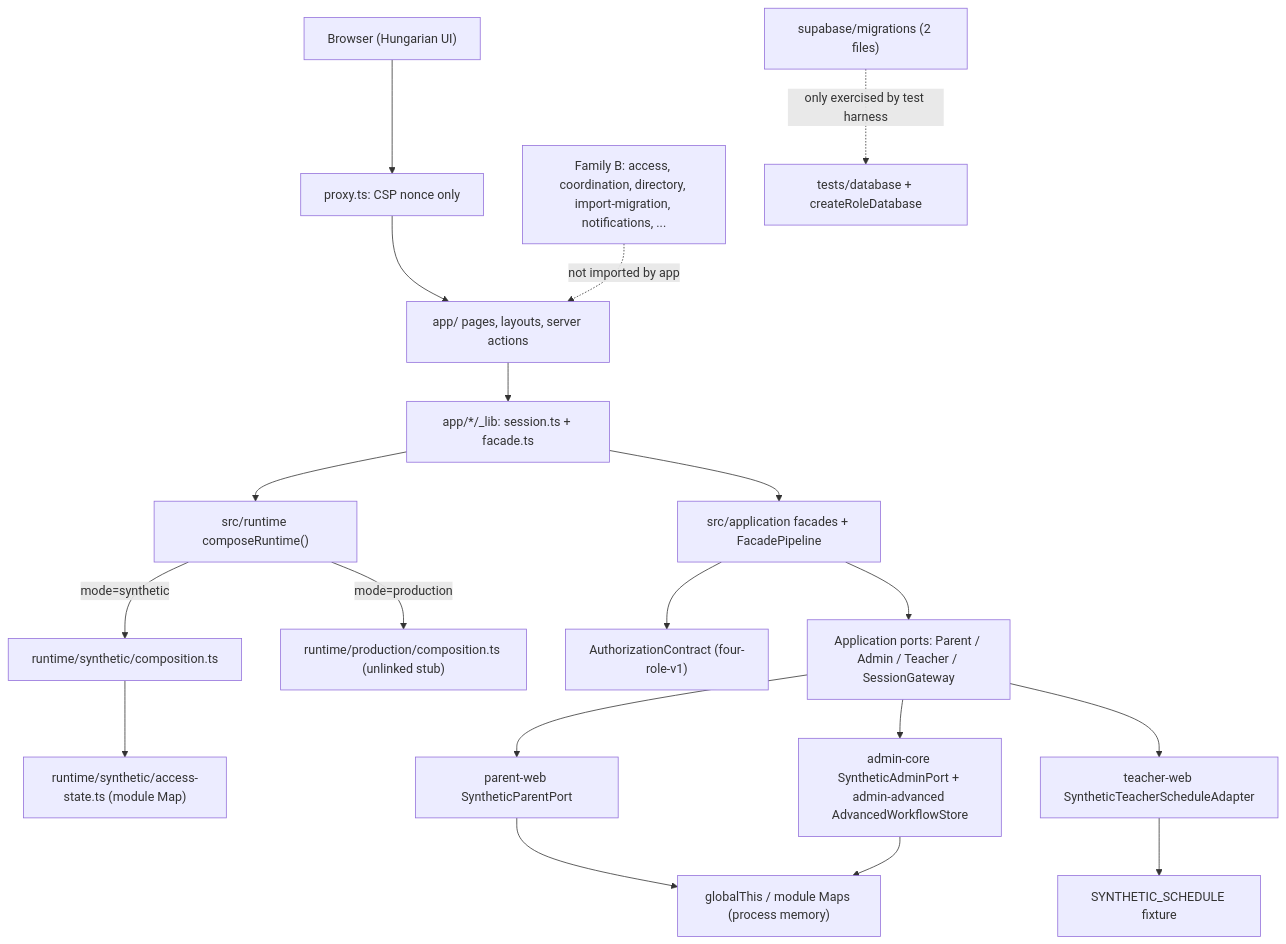
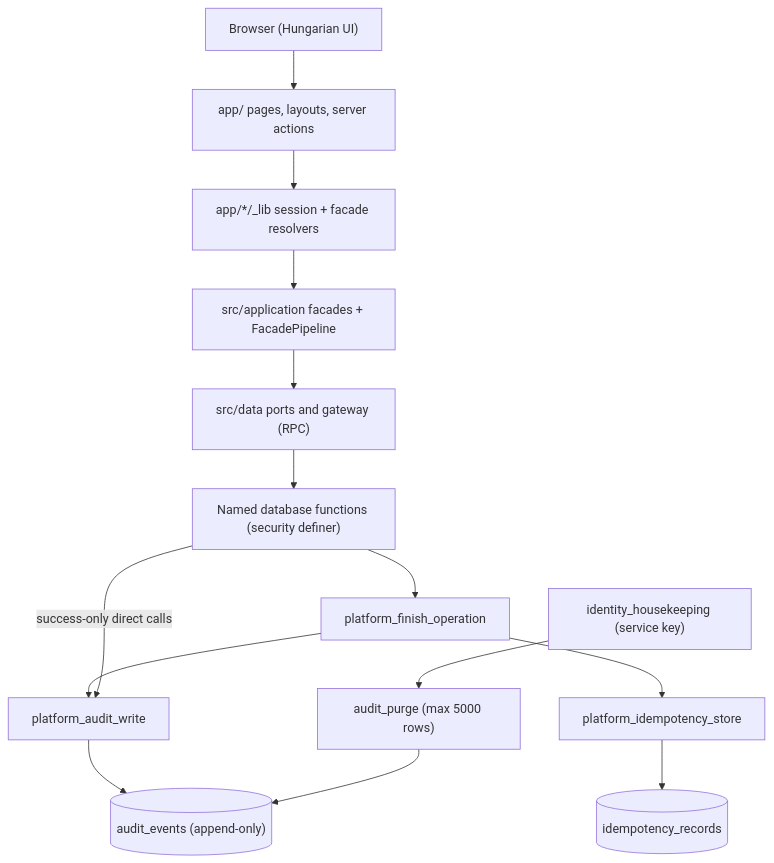
One commit to bbotond83/waldorf-community-task-manager changed the first of 6 diagrams in aidlc/spaces/default/codekb/waldorf-community-task-manager/architecture.md. Above: the diagram before and after it, drawn with Mermaid. The commit also changed other lines of this file and 33 other files, not shown here.

First line of the commit message:
feat(db): limit denied audit events to 20 per account per hour (B3) (#45)

````diff
--- a/aidlc/spaces/default/codekb/waldorf-community-task-manager/architecture.md
+++ b/aidlc/spaces/default/codekb/waldorf-community-task-manager/architecture.md
@@ -20,21 +20,16 @@
 ```mermaid
 flowchart TB
-  Browser["Browser (Hungarian UI)"] --> Proxy["proxy.ts: CSP nonce only"]
-  Proxy --> Pages["app/ pages, layouts, server actions"]
-  Pages --> Lib["app/*/_lib: session.ts + facade.ts"]
-  Lib --> Comp["src/runtime composeRuntime()"]
-  Comp -->|mode=synthetic| SynComp["runtime/synthetic/composition.ts"]
-  Comp -->|mode=production| ProdComp["runtime/production/composition.ts (unlinked stub)"]
+  Browser["Browser (Hungarian UI)"] --> Pages["app/ pages, layouts, server actions"]
+  Pages --> Lib["app/*/_lib session + facade resolvers"]
   Lib --> Facades["src/application facades + FacadePipeline"]
-  Facades --> Auth["AuthorizationContract (four-role-v1)"]
-  Facades --> Ports["Application ports: Parent / Admin / Teacher / SessionGateway"]
-  Ports --> SP["parent-web SyntheticParentPort"]
-  Ports --> SA["admin-core SyntheticAdminPort + admin-advanced AdvancedWorkflowStore"]
-  Ports --> ST["teacher-web SyntheticTeacherScheduleAdapter"]
-  SP --> Mem["globalThis / module Maps (process memory)"]
-  SA --> Mem
-  ST --> Fix["SYNTHETIC_SCHEDULE fixture"]
-  SynComp --> Acc["runtime/synthetic/access-state.ts (module Map)"]
-  FamB["Family B: access, coordination, directory, import-migration, notifications, ..."] -.->|not imported by app| Pages
-  SQL["supabase/migrations (2 files)"] -.->|only exercised by test harness| TestDB["tests/database + createRoleDatabase"]
+  Facades --> Data["src/data ports and gateway (RPC)"]
+  Data --> Fn["Named database functions (security definer)"]
+  Fn --> Finish["platform_finish_operation"]
+  Finish --> AuditW["platform_audit_write"]
+  Finish --> Idem["platform_idempotency_store"]
+  AuditW --> Audit[("audit_events (append-only)")]
+  Idem --> IdemT[("idempotency_records")]
+  Fn -->|success-only direct calls| AuditW
+  House["identity_housekeeping (service key)"] --> Purge["audit_purge (max 5000 rows)"]
+  Purge --> Audit
 ```
````
